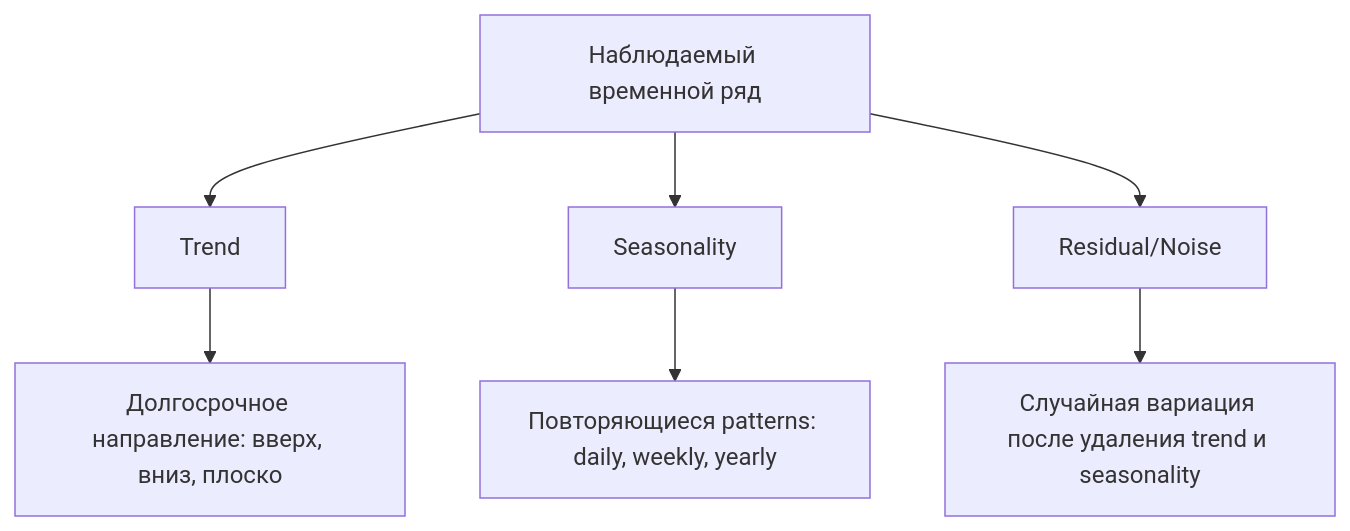
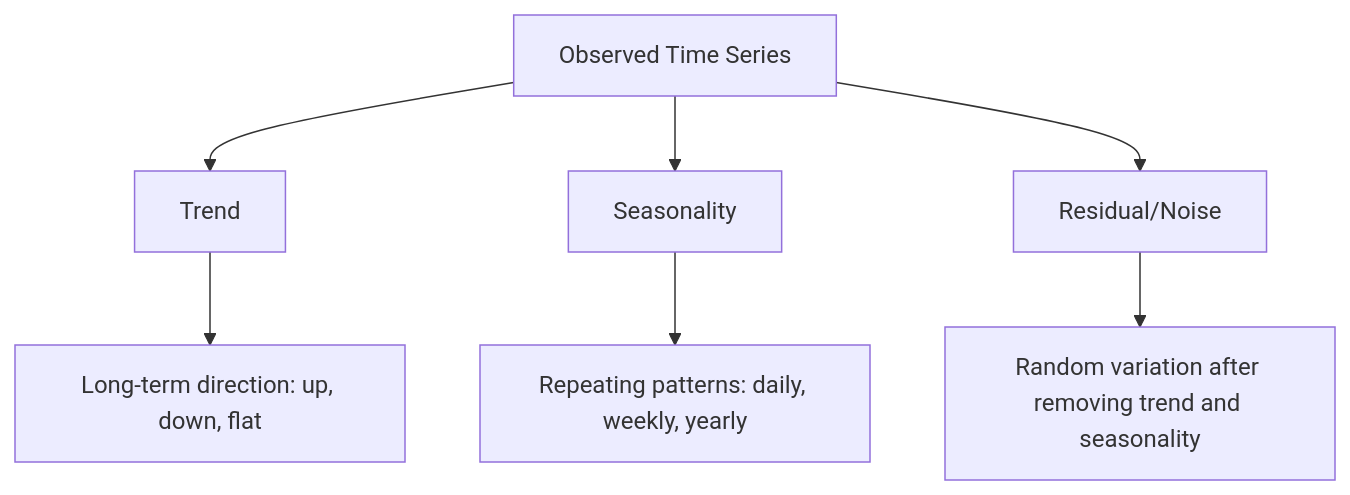
Before and after one commit to stabuev/ai-engineering-from-scratch: the second of 3 diagrams in phases/02-ml-fundamentals/15-time-series/docs/ru.md, drawn with Mermaid. The commit also changed 182 other files, not shown here.

````diff
--- a/phases/02-ml-fundamentals/15-time-series/docs/ru.md
+++ b/phases/02-ml-fundamentals/15-time-series/docs/ru.md
@@ -69,10 +69,10 @@
 ```mermaid
 flowchart TD
-    A[Наблюдаемый временной ряд] --> B[Trend]
+    A[Observed Time Series] --> B[Trend]
     A --> C[Seasonality]
     A --> D[Residual/Noise]
 
-    B --> E[Долгосрочное направление: вверх, вниз, плоско]
-    C --> F[Повторяющиеся patterns: daily, weekly, yearly]
-    D --> G[Случайная вариация после удаления trend и seasonality]
+    B --> E[Long-term direction: up, down, flat]
+    C --> F[Repeating patterns: daily, weekly, yearly]
+    D --> G[Random variation after removing trend and seasonality]
 ```
````
